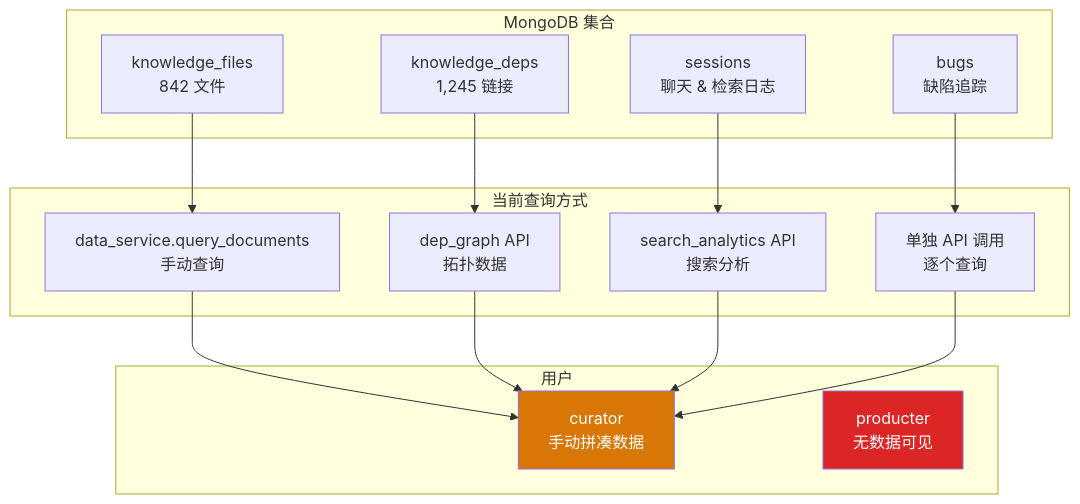
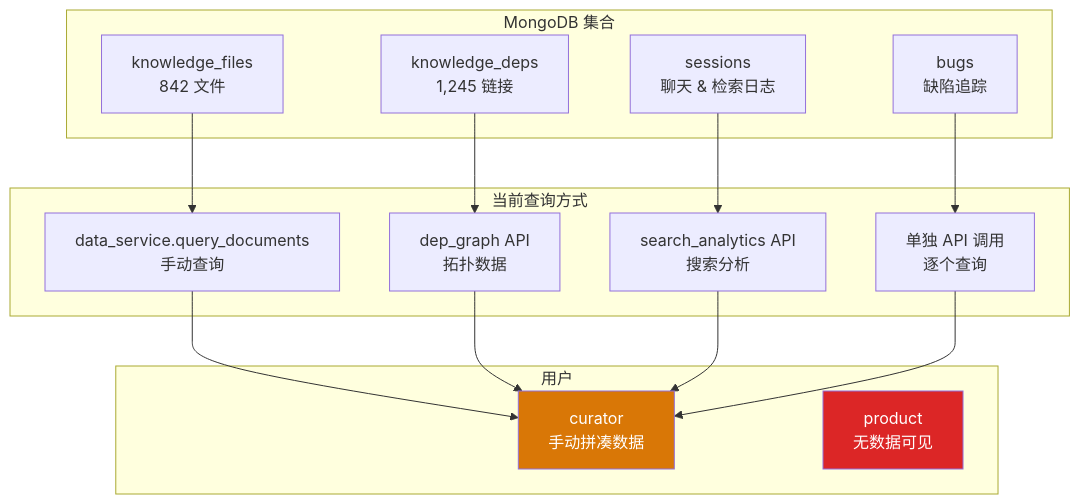
Before and after one commit to effiy/YrY: the first of 3 diagrams in YiKnowledge/projects/yiknowledge/prds/2026-09/31-架构设计-健康仪表盘.md, drawn with Mermaid. The commit also changed other lines of this file and 4958 other files, not shown here.

````diff
--- a/YiKnowledge/projects/yiknowledge/prds/2026-09/31-架构设计-健康仪表盘.md
+++ b/YiKnowledge/projects/yiknowledge/prds/2026-09/31-架构设计-健康仪表盘.md
@@ -61,29 +61,29 @@
 ```mermaid
 graph TB
     subgraph "MongoDB 集合"
         A[knowledge_files<br/>842 文件]
         B[knowledge_deps<br/>1,245 链接]
         C[sessions<br/>聊天 & 检索日志]
         D[bugs<br/>缺陷追踪]
     end
 
     subgraph "当前查询方式"
         E[data_service.query_documents<br/>手动查询]
         F[dep_graph API<br/>拓扑数据]
         G[search_analytics API<br/>搜索分析]
         H[单独 API 调用<br/>逐个查询]
     end
 
     subgraph "用户"
         I[curator<br/>手动拼凑数据]
-        J[producter<br/>无数据可见]
+        J[product<br/>无数据可见]
     end
 
     A --> E --> I
     B --> F --> I
     C --> G --> I
     D --> H --> I
 
     style I fill:#d97706,color:#fff
     style J fill:#dc2626,color:#fff
 ```
````
